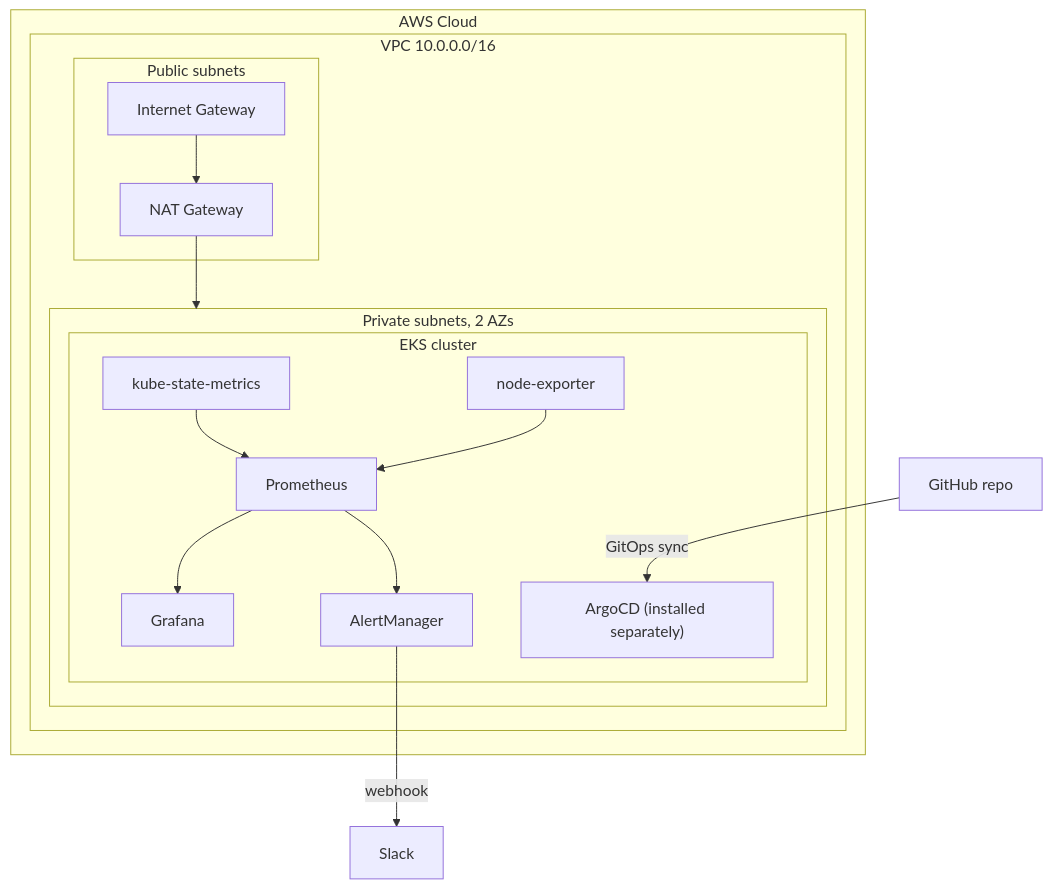
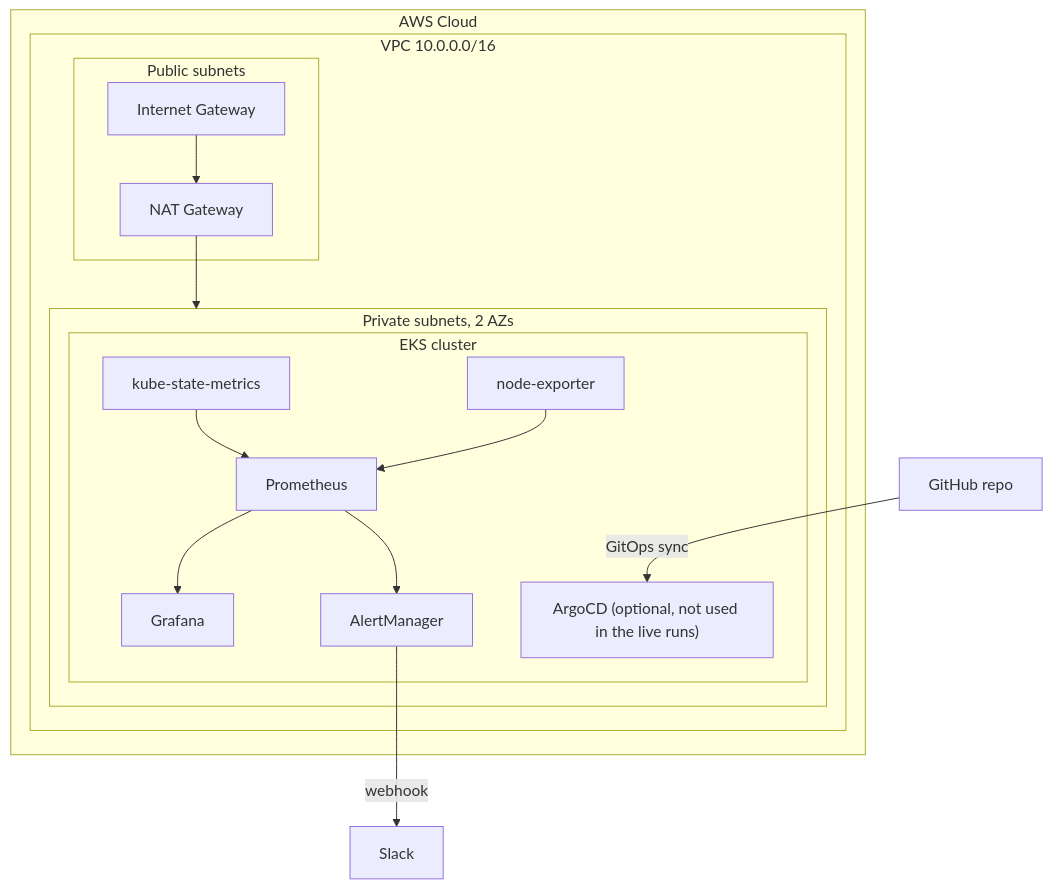
One commit to khadirullah/terraform-eks-monitoring changed the diagram in README.md. Above: the diagram before and after it, drawn with Mermaid. The commit also changed other lines of this file and 20 other files, not shown here.

First line of the commit message:
Add logs, screenshots and notes for the three live runs

````diff
--- a/README.md
+++ b/README.md
@@ -20,30 +19,30 @@
 ```mermaid
 graph TB
     subgraph AWS["AWS Cloud"]
         subgraph VPC["VPC 10.0.0.0/16"]
             subgraph PUB["Public subnets"]
                 IGW[Internet Gateway]
                 NAT[NAT Gateway]
             end
             subgraph PRIV["Private subnets, 2 AZs"]
                 subgraph EKS["EKS cluster"]
                     KSM[kube-state-metrics]
                     NE[node-exporter]
                     PROM[Prometheus]
                     GRAF[Grafana]
                     AM[AlertManager]
-                    ARGO["ArgoCD (installed separately)"]
+                    ARGO["ArgoCD (optional, not used in the live runs)"]
                 end
             end
         end
     end
 
     GH[GitHub repo] -->|GitOps sync| ARGO
     IGW --> NAT
     NAT --> PRIV
     KSM --> PROM
     NE --> PROM
     PROM --> GRAF
     PROM --> AM
     AM -->|webhook| SLACK[Slack]
 ```
````
